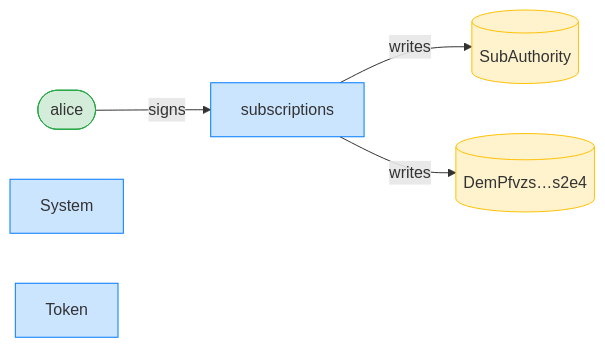
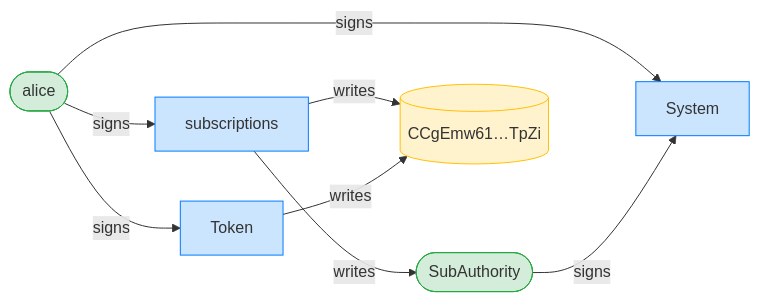
Before and after one commit to cds-rs/subscriptions: the third of 16 diagrams in dsl_tests/transfer-subscription--multiple-pulls-within-a-period.md, drawn with Mermaid. The commit also changed other lines of this file and 224 other files, not shown here.

````diff
--- a/dsl_tests/transfer-subscription--multiple-pulls-within-a-period.md
+++ b/dsl_tests/transfer-subscription--multiple-pulls-within-a-period.md
@@ -55,15 +56,19 @@
 ```mermaid
 flowchart LR
     classDef signer fill:#d4edda,stroke:#28a745;
     classDef program fill:#cce5ff,stroke:#007bff;
     classDef writable fill:#fff3cd,stroke:#ffc107;
     subscriptions[subscriptions]:::program
     alice([alice]):::signer
-    SubAuthority[(SubAuthority)]:::writable
-    DemPfvzs_s2e4[("DemPfvzs…s2e4")]:::writable
+    SubAuthority([SubAuthority]):::signer
+    CCgEmw61_TpZi[("CCgEmw61…TpZi")]:::writable
     System[System]:::program
     Token[Token]:::program
     alice -->|signs| subscriptions
+    alice -->|signs| System
+    SubAuthority -->|signs| System
+    alice -->|signs| Token
     subscriptions -->|writes| SubAuthority
-    subscriptions -->|writes| DemPfvzs_s2e4
+    subscriptions -->|writes| CCgEmw61_TpZi
+    Token -->|writes| CCgEmw61_TpZi
 ```
````
